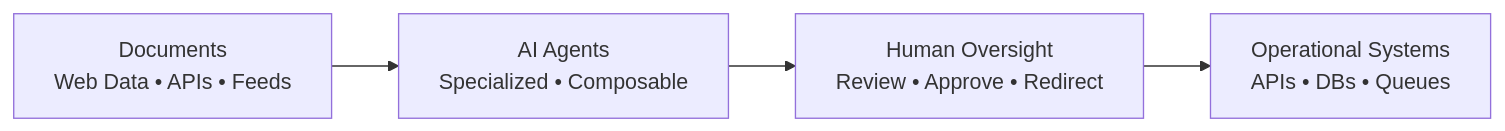
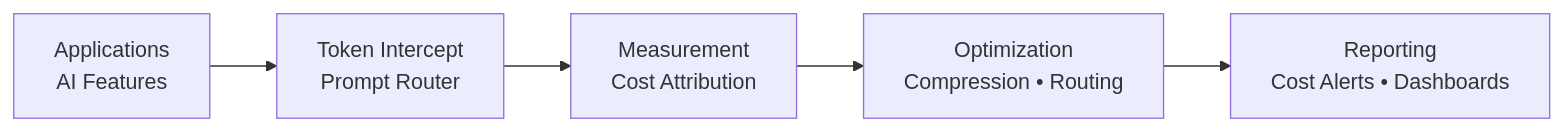
The third of 4 diagrams in README.md (Hardonian/Hardonian), drawn with Mermaid before and after one commit. The commit also changed other lines of this file, not shown here.

Commit message:
v5: revenue products, live SaaS systems, Gumroad-ready ComfyUI kits (#4)

````diff
--- a/README.md
+++ b/README.md
@@ -238,12 +225,13 @@
 ```mermaid
 flowchart LR
+    Apps["Applications<br/>AI Features"]
+    Intercept["Token Intercept<br/>Prompt Router"]
+    Measure["Measurement<br/>Cost Attribution"]
+    Optimize["Optimization<br/>Compression • Routing"]
+    Report["Reporting<br/>Cost Alerts • Dashboards"]
 
-    Docs["Documents<br/>Web Data • APIs • Feeds"]
-    Agents["AI Agents<br/>Specialized • Composable"]
-    Review["Human Oversight<br/>Review • Approve • Redirect"]
-    Output["Operational Systems<br/>APIs • DBs • Queues"]
-
-    Docs --> Agents
-    Agents --> Review
-    Review --> Output
+    Apps --> Intercept
+    Intercept --> Measure
+    Measure --> Optimize
+    Optimize --> Report
 ```
````
